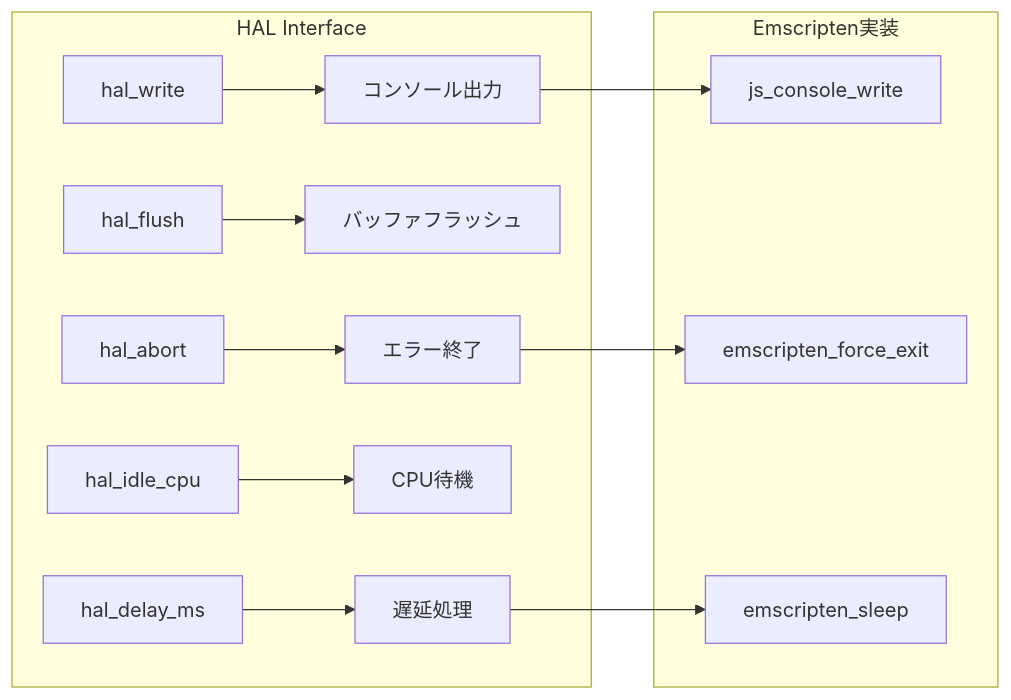
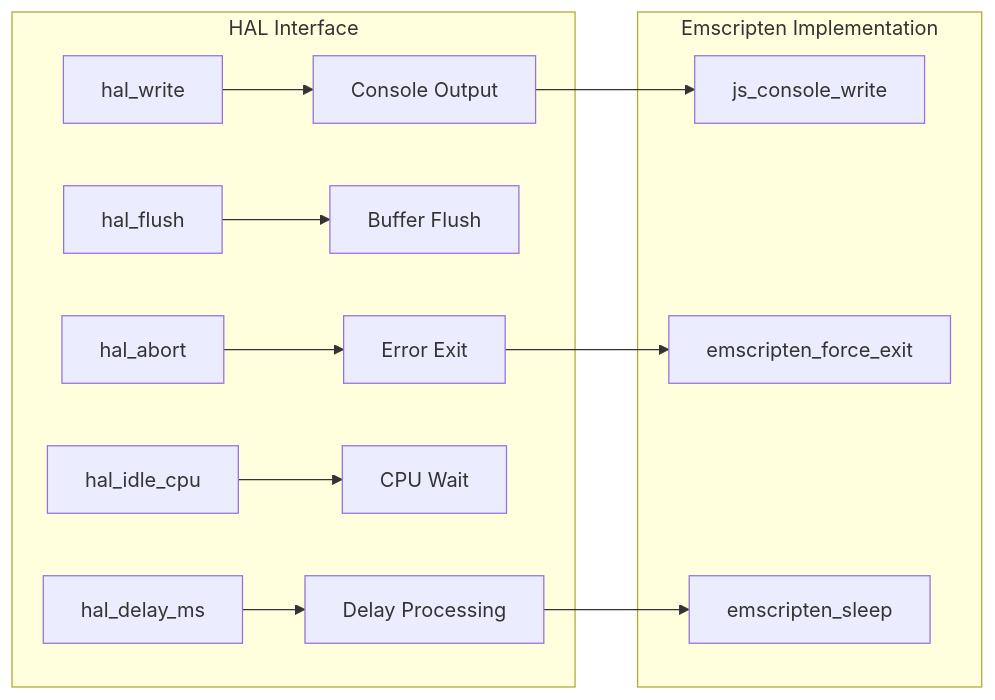
The third of 6 diagrams in README.md (uist1idrju3i/study-WebSimulator), drawn with Mermaid before and after one commit. The commit also changed other lines of this file, not shown here.

````diff
--- a/README.md
+++ b/README.md
@@ -141,16 +149,16 @@
 ```mermaid
 graph LR
     subgraph "HAL Interface"
-        A[hal_write] --> B[コンソール出力]
-        C[hal_flush] --> D[バッファフラッシュ]
-        E[hal_abort] --> F[エラー終了]
-        G[hal_idle_cpu] --> H[CPU待機]
-        I[hal_delay_ms] --> J[遅延処理]
+        A[hal_write] --> B[Console Output]
+        C[hal_flush] --> D[Buffer Flush]
+        E[hal_abort] --> F[Error Exit]
+        G[hal_idle_cpu] --> H[CPU Wait]
+        I[hal_delay_ms] --> J[Delay Processing]
     end
     
-    subgraph "Emscripten実装"
+    subgraph "Emscripten Implementation"
         B --> K[js_console_write]
         F --> L[emscripten_force_exit]
         J --> M[emscripten_sleep]
     end
 ```
````
